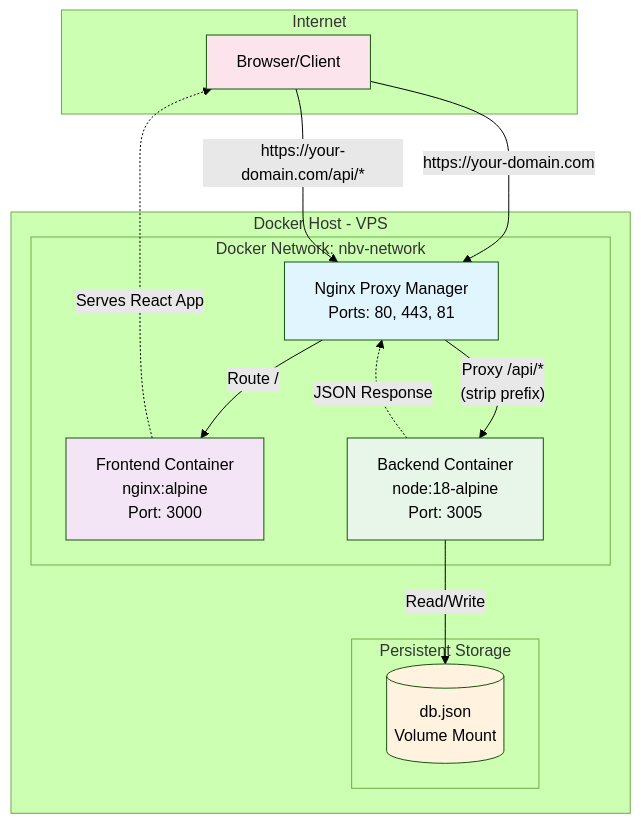
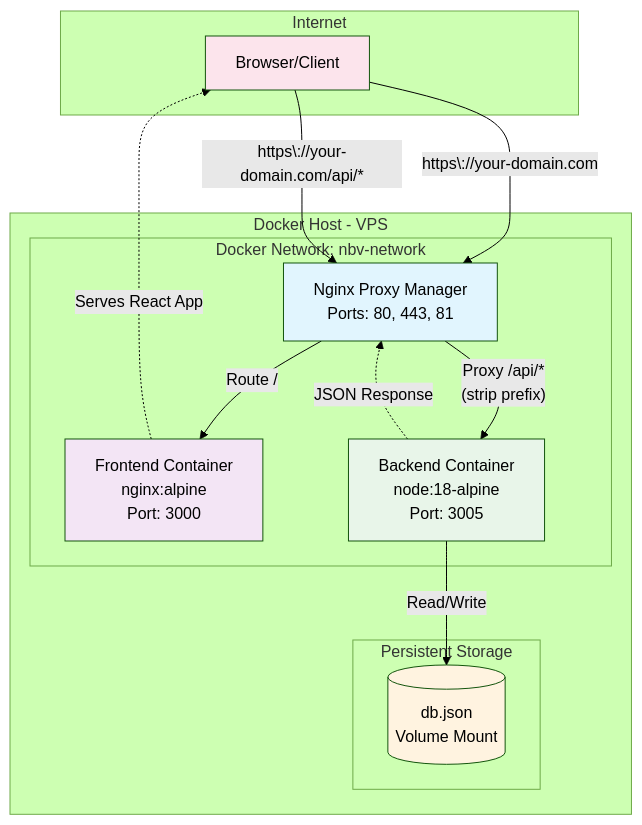
The first of 2 diagrams in DEPLOYMENT.md (MetteRussell/resourceBooking), drawn with Mermaid (forest theme) before and after one commit. The commit also changed other lines of this file, not shown here.

````diff
--- a/DEPLOYMENT.md
+++ b/DEPLOYMENT.md
@@ -106,34 +106,34 @@
 ```mermaid
 graph TB
     subgraph Internet
         Browser[Browser/Client]
     end
     
     subgraph "Docker Host - VPS"
         subgraph "Docker Network: nbv-network"
             NPM[Nginx Proxy Manager<br/>Ports: 80, 443, 81]
             Frontend[Frontend Container<br/>nginx:alpine<br/>Port: 3000]
             Backend[Backend Container<br/>node:18-alpine<br/>Port: 3005]
         end
         
         subgraph "Persistent Storage"
             DB[(db.json<br/>Volume Mount)]
         end
     end
     
-    Browser -->|"https://your-domain.com"| NPM
-    Browser -->|"https://your-domain.com/api/*"| NPM
+    Browser -->|"https\://your-domain.com"| NPM
+    Browser -->|"https\://your-domain.com/api/*"| NPM
     
     NPM -->|"Route /"| Frontend
     NPM -->|"Proxy /api/*<br/>(strip prefix)"| Backend
     
     Frontend -.->|"Serves React App"| Browser
     Backend -->|"Read/Write"| DB
     Backend -.->|"JSON Response"| NPM
     
     style NPM fill:#e1f5fe
     style Frontend fill:#f3e5f5
     style Backend fill:#e8f5e9
     style DB fill:#fff3e0
     style Browser fill:#fce4ec
 ```
````
